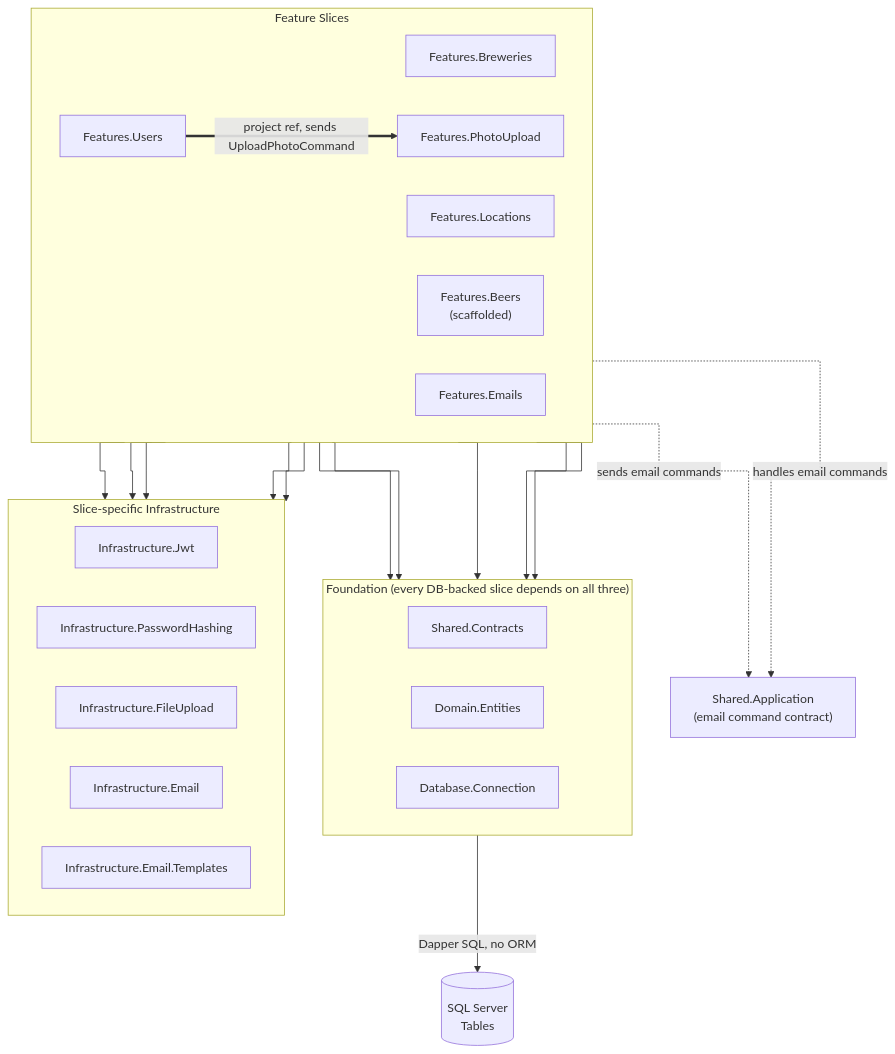
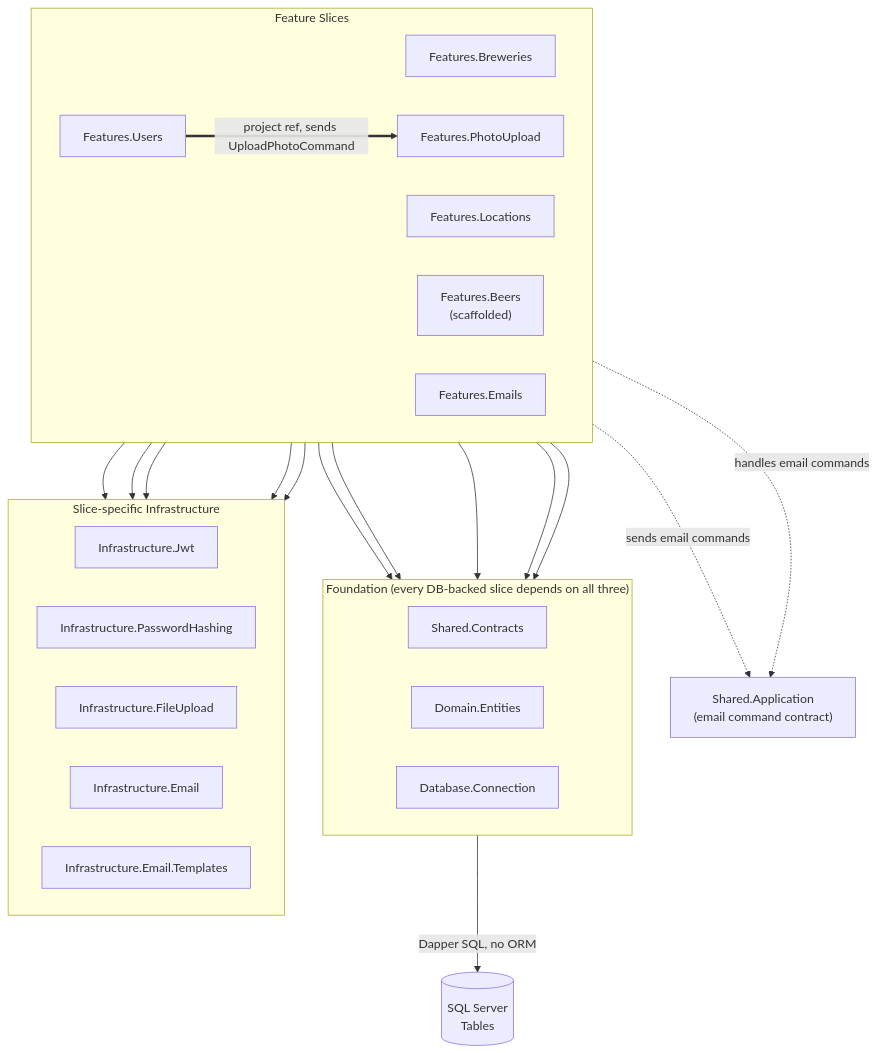
The second of 2 diagrams in docs/website/diagrams-md/architecture.md (aaronpo97/the-biergarten-app), drawn with Mermaid before and after one commit. The commit also changed other lines of this file, not shown here.

````diff
--- a/docs/website/diagrams-md/architecture.md
+++ b/docs/website/diagrams-md/architecture.md
@@ -55,54 +85,79 @@
 ```mermaid
 ---
+
 config:
-  flowchart:
-    curve: stepAfter
+
+flowchart: {}
+
+layout: fixed
+
 ---
+
 flowchart TB
-    subgraph SLICES["Feature Slices"]
-        direction LR
-        BrewerySlice["Features.Breweries"]
-        LocationsSlice["Features.Locations"]
-        BeersSlice["Features.Beers<br/>(scaffolded)"]
-        PhotoSlice["Features.PhotoUpload"]
-        UsersSlice["Features.Users"]
-        EmailsSlice["Features.Emails"]
-    end
 
-    subgraph FOUNDATION["Foundation (every DB-backed slice depends on all three)"]
-        direction LR
-        SharedContracts["Shared.Contracts"]
-        Domain["Domain.Entities"]
-        DBConn["Database.Connection"]
-    end
+subgraph SLICES["Feature Slices"]
 
-    SharedApp["Shared.Application<br/>(email command contract)"]
+direction LR
 
-    subgraph INFRA["Slice-specific Infrastructure"]
-        direction LR
-        JWT["Infrastructure.Jwt"]
-        PwdHash["Infrastructure.PasswordHashing"]
-        FileUpload["Infrastructure.FileUpload"]
-        Email["Infrastructure.Email"]
-        EmailTemplates["Infrastructure.Email.Templates"]
-    end
+BrewerySlice["Features.Breweries"]
 
-    Tables[("SQL Server<br/>Tables")]
+LocationsSlice["Features.Locations"]
 
-    %% the one feature-to-feature reference, breaking slice isolation
-    UsersSlice ==>|"project ref, sends UploadPhotoCommand"| PhotoSlice
+BeersSlice["Features.Beers<br>(scaffolded)"]
 
-    %% cross-slice MediatR contract, routed through Shared.Application instead
-    UsersSlice -.->|sends email commands| SharedApp
-    EmailsSlice -.->|handles email commands| SharedApp
+PhotoSlice["Features.PhotoUpload"]
 
-    %% every DB-backed slice depends on the same foundation
-    BrewerySlice & LocationsSlice & BeersSlice & PhotoSlice & UsersSlice --> FOUNDATION
+UsersSlice["Features.Users"]
 
-    %% slice-specific infra, one edge per slice
-    UsersSlice --> JWT & PwdHash
-    PhotoSlice --> FileUpload
-    EmailsSlice --> Email & EmailTemplates
+EmailsSlice["Features.Emails"]
 
-    DBConn -->|Dapper SQL, no ORM| Tables
+end
+
+subgraph FOUNDATION["Foundation (every DB-backed slice depends on all three)"]
+
+direction LR
+
+SharedContracts["Shared.Contracts"]
+
+Domain["Domain.Entities"]
+
+DBConn["Database.Connection"]
+
+end
+
+subgraph INFRA["Slice-specific Infrastructure"]
+
+direction LR
+
+JWT["Infrastructure.Jwt"]
+
+PwdHash["Infrastructure.PasswordHashing"]
+
+FileUpload["Infrastructure.FileUpload"]
+
+Email["Infrastructure.Email"]
+
+EmailTemplates["Infrastructure.Email.Templates"]
+
+end
+
+UsersSlice == project ref, sends UploadPhotoCommand ==> PhotoSlice
+
+UsersSlice -. sends email commands .-> SharedApp["Shared.Application<br>(email command contract)"]
+
+EmailsSlice -. handles email commands .-> SharedApp
+
+BrewerySlice --> FOUNDATION
+
+LocationsSlice --> FOUNDATION
+
+BeersSlice --> FOUNDATION
+
+PhotoSlice --> FOUNDATION & FileUpload
+
+UsersSlice --> FOUNDATION & JWT & PwdHash
+
+EmailsSlice --> Email & EmailTemplates
+
+DBConn -- Dapper SQL, no ORM --> Tables[("SQL Server<br>Tables")]
 ```
````
